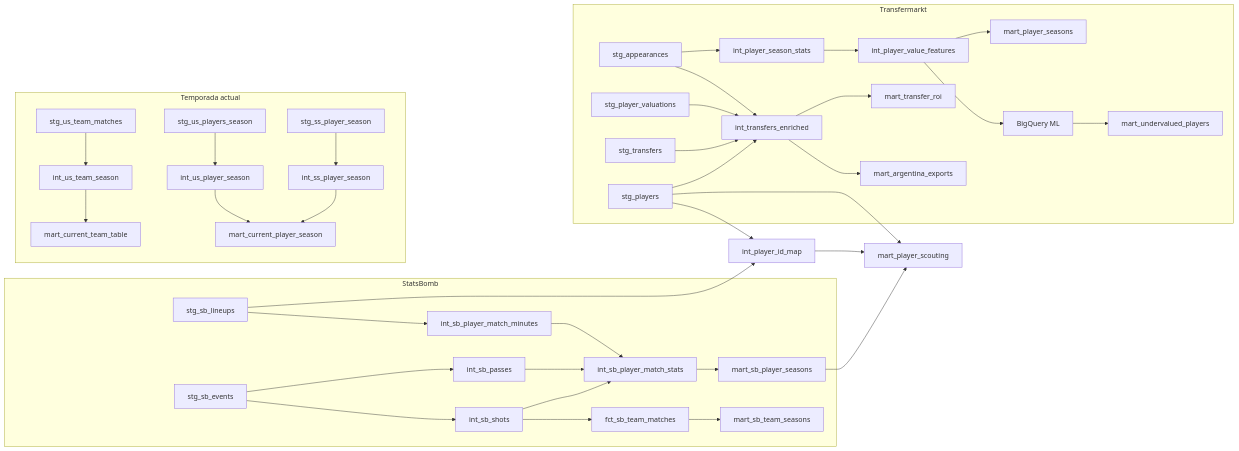
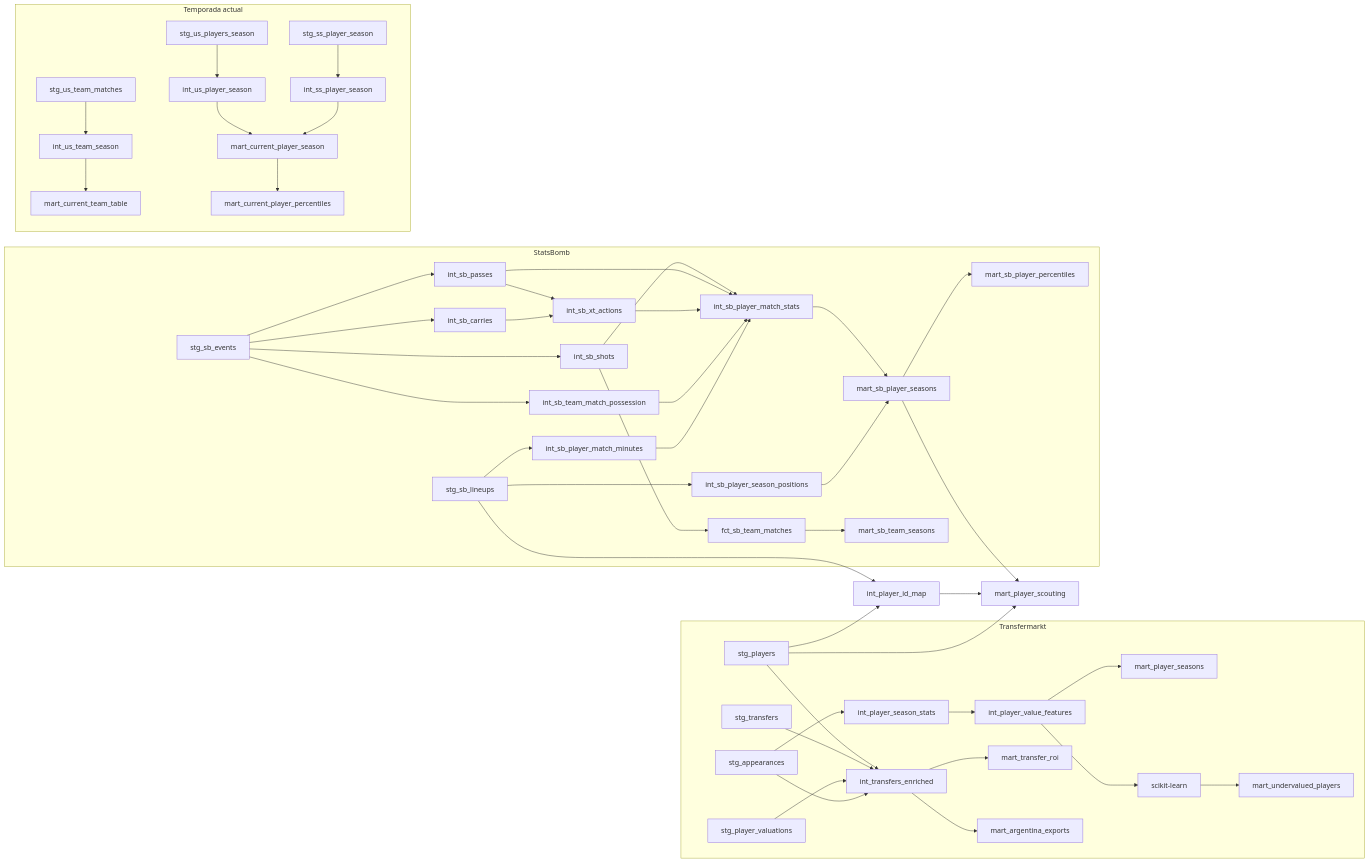
One commit to Martinix584/Fuchibol changed the fourth of 4 diagrams in README.md. Above: the diagram before and after it, drawn with Mermaid. The commit also changed other lines of this file and 2 other files, not shown here.

````diff
--- a/README.md
+++ b/README.md
@@ -89,25 +89,27 @@
 ```mermaid
 flowchart LR
     subgraph Transfermarkt
         stg_players & stg_transfers & stg_player_valuations & stg_appearances --> int_transfers_enriched
         stg_appearances --> int_player_season_stats --> int_player_value_features
         int_transfers_enriched --> mart_transfer_roi & mart_argentina_exports
         int_player_value_features --> mart_player_seasons
-        int_player_value_features --> ML[BigQuery ML] --> mart_undervalued_players
+        int_player_value_features --> ML[scikit-learn] --> mart_undervalued_players
     end
     subgraph StatsBomb
-        stg_sb_events --> int_sb_shots & int_sb_passes
-        stg_sb_lineups --> int_sb_player_match_minutes
-        int_sb_shots & int_sb_passes & int_sb_player_match_minutes --> int_sb_player_match_stats
+        stg_sb_events --> int_sb_shots & int_sb_passes & int_sb_carries & int_sb_team_match_possession
+        int_sb_passes & int_sb_carries --> int_sb_xt_actions
+        stg_sb_lineups --> int_sb_player_match_minutes & int_sb_player_season_positions
+        int_sb_shots & int_sb_passes & int_sb_xt_actions & int_sb_team_match_possession & int_sb_player_match_minutes --> int_sb_player_match_stats
         int_sb_player_match_stats --> mart_sb_player_seasons
+        int_sb_player_season_positions --> mart_sb_player_seasons --> mart_sb_player_percentiles
         int_sb_shots --> fct_sb_team_matches --> mart_sb_team_seasons
     end
     stg_sb_lineups & stg_players --> int_player_id_map
     mart_sb_player_seasons & int_player_id_map & stg_players --> mart_player_scouting
     subgraph Temporada actual
         stg_us_players_season --> int_us_player_season
         stg_us_team_matches --> int_us_team_season --> mart_current_team_table
         stg_ss_player_season --> int_ss_player_season
-        int_us_player_season & int_ss_player_season --> mart_current_player_season
+        int_us_player_season & int_ss_player_season --> mart_current_player_season --> mart_current_player_percentiles
     end
 ```
````
